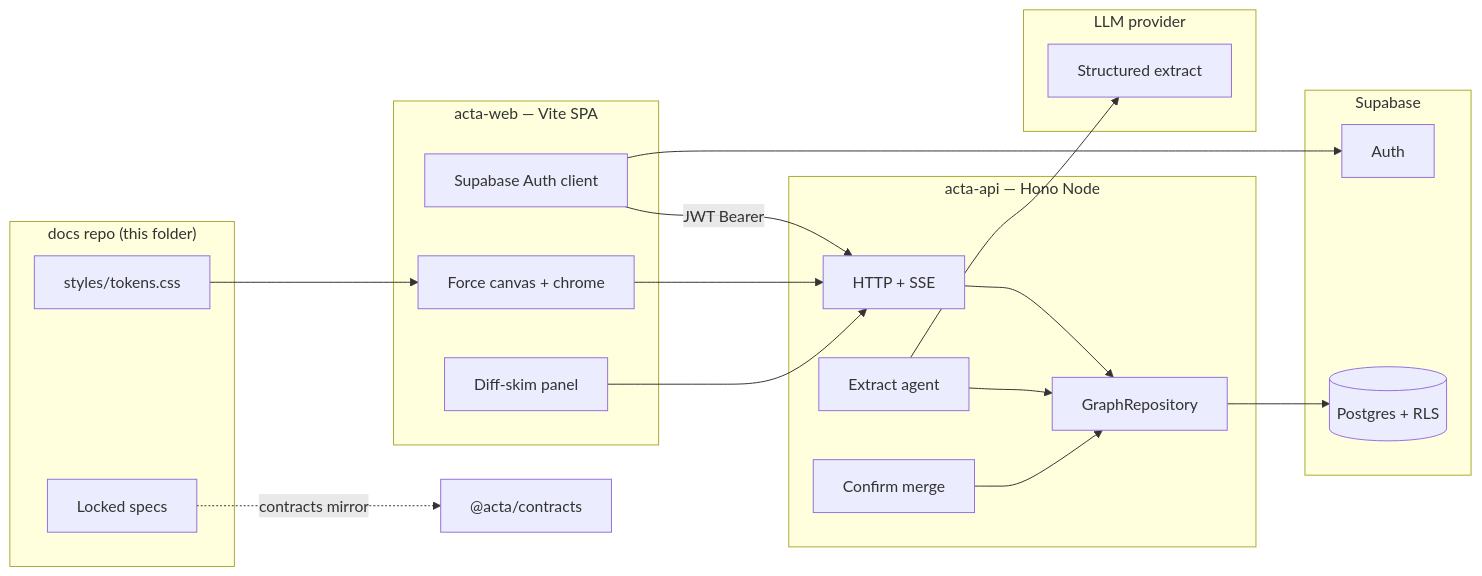
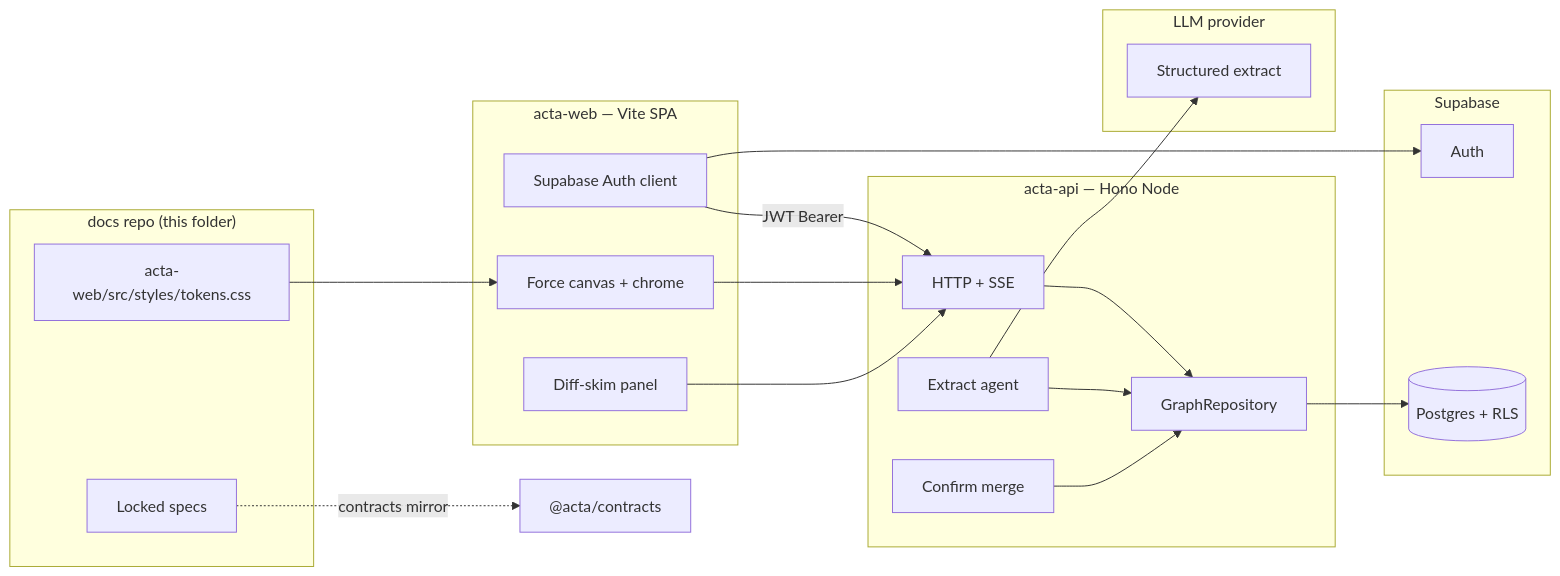
One commit to nolanqyee/Acta changed the diagram in docs/technical-implementation-plan.md. Above: the diagram before and after it, drawn with Mermaid. The commit also changed other lines of this file and 8 other files, not shown here.

First line of the commit message:
Fix API CORS and move design-token SoT into acta-web

````diff
--- a/docs/technical-implementation-plan.md
+++ b/docs/technical-implementation-plan.md
@@ -69,41 +69,41 @@
 ```mermaid
 flowchart LR
   subgraph docsRepo ["docs repo (this folder)"]
     Specs[Locked specs]
-    Tokens[styles/tokens.css]
+    Tokens[acta-web/src/styles/tokens.css]
   end
 
   subgraph fe ["acta-web — Vite SPA"]
     AuthUI[Supabase Auth client]
     GraphUI[Force canvas + chrome]
     Skim[Diff-skim panel]
   end
 
   subgraph be ["acta-api — Hono Node"]
     API[HTTP + SSE]
     Extract[Extract agent]
     Merge[Confirm merge]
     Repo[GraphRepository]
   end
 
   subgraph cloud ["Supabase"]
     Auth[Auth]
     PG[(Postgres + RLS)]
   end
 
   subgraph llm ["LLM provider"]
     Model[Structured extract]
   end
 
   Specs -.->|contracts mirror| Contracts["@acta/contracts"]
   Tokens --> GraphUI
   AuthUI -->|JWT Bearer| API
   GraphUI --> API
   Skim --> API
   API --> Repo
   Repo --> PG
   AuthUI --> Auth
   Extract --> Model
   Extract --> Repo
   Merge --> Repo
 ```
````
